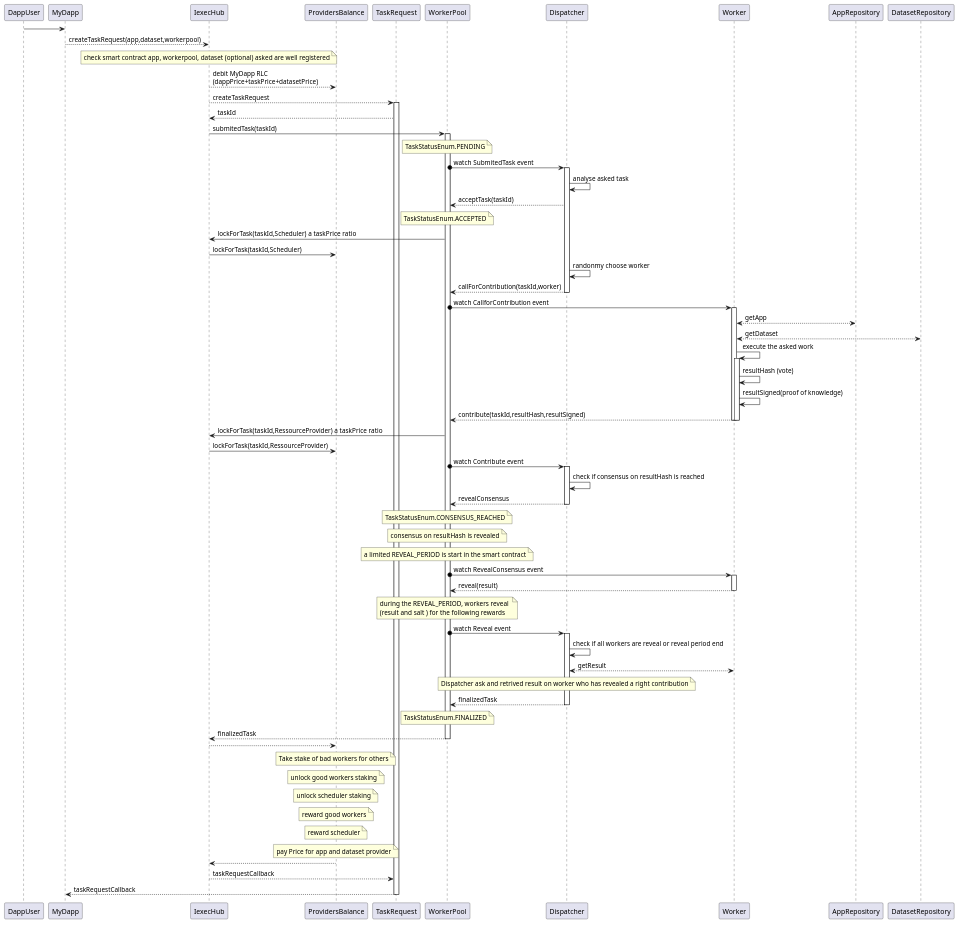
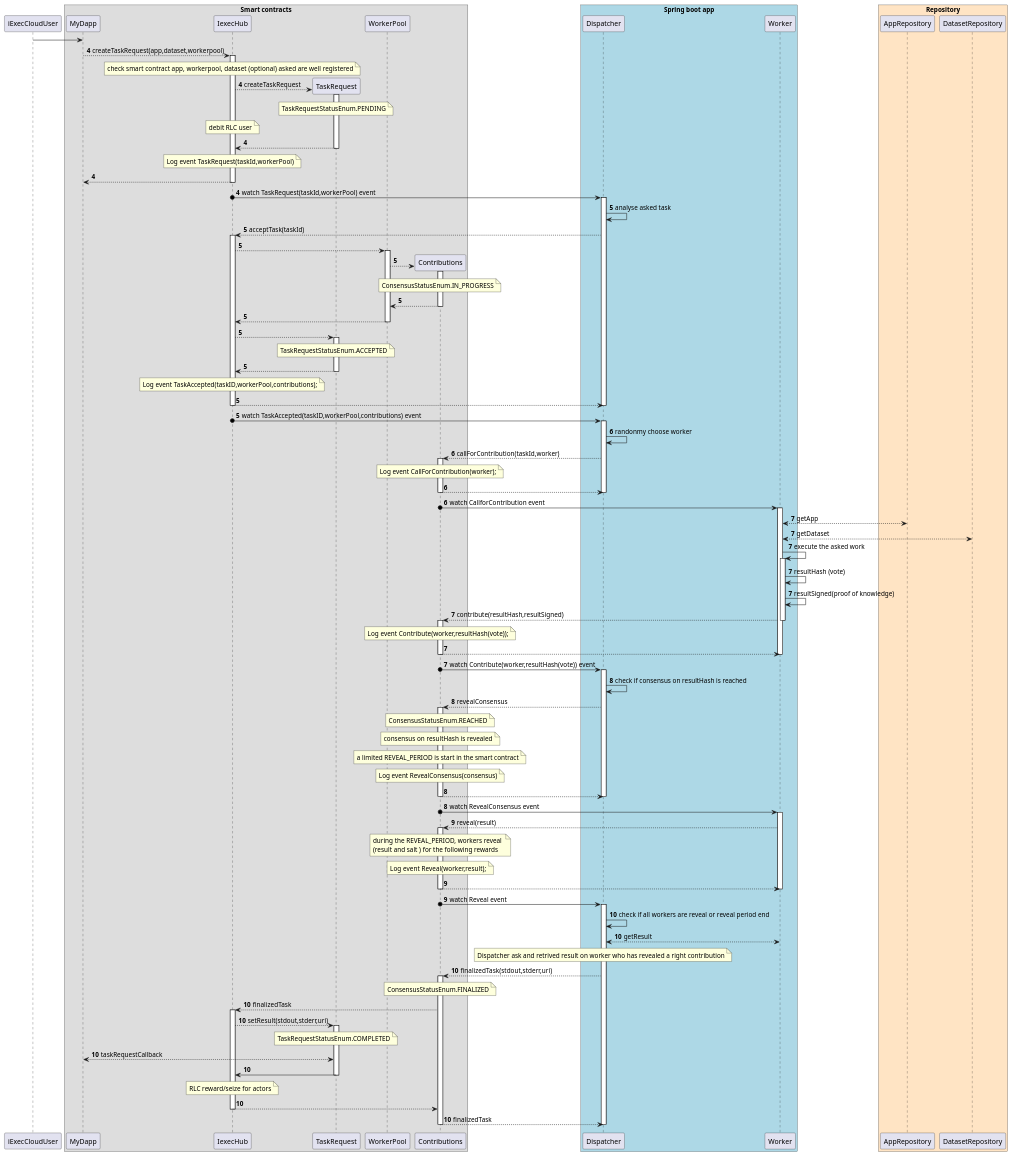
One commit to iExecBlockchainComputing/PoCo changed the diagram in v2plan/uml/V2SequenceNominale.puml. Above: the diagram before and after it, drawn with PlantUML. The commit also changed 6 other files, not shown here.

Commit message:
update uml

```diff
--- a/v2plan/uml/V2SequenceNominale.puml
+++ b/v2plan/uml/V2SequenceNominale.puml
@@ -1,88 +1,192 @@
 @startuml
-DappUser -> MyDapp
+
+iExecCloudUser -> MyDapp
+
+box "Smart contracts"
+	participant MyDapp
+	participant IexecHub
+	participant TaskRequest
+    participant WorkerPool
+    participant Contributions
+end box
+
+
+autonumber 4
 
 MyDapp --> IexecHub: createTaskRequest(app,dataset,workerpool)
+activate IexecHub
+note over IexecHub : check smart contract app, workerpool, dataset (optional) asked are well registered
+create TaskRequest
+autonumber 4
+IexecHub --> TaskRequest: createTaskRequest
+note over TaskRequest :TaskRequestStatusEnum.PENDING
+note over IexecHub : debit RLC user
+activate TaskRequest
+autonumber 4
 
-note over IexecHub : check smart contract app, workerpool, dataset (optional) asked are well registered
-IexecHub --> ProvidersBalance :debit MyDapp RLC \n(dappPrice+taskPrice+datasetPrice)
+IexecHub <-- TaskRequest
+deactivate TaskRequest
+note over IexecHub :Log event TaskRequest(taskId,workerPool)
+autonumber 4
+MyDapp <-- IexecHub
 
-IexecHub --> TaskRequest: createTaskRequest
-activate TaskRequest
+deactivate IexecHub
 
-TaskRequest --> IexecHub : taskId
+box "Spring boot app" #LightBlue
+	participant Dispatcher
+    participant Worker
+end box
 
-IexecHub -> WorkerPool: submitedTask(taskId)
 
-activate WorkerPool
+box "Repository" #Bisque
+	participant AppRepository
+    participant DatasetRepository
+end box
 
-note over WorkerPool :TaskStatusEnum.PENDING
-WorkerPool o-> Dispatcher : watch SubmitedTask event
+
+
+autonumber 4
+IexecHub o-> Dispatcher : watch TaskRequest(taskId,workerPool) event
 activate Dispatcher
 Dispatcher -> Dispatcher : analyse asked task
-Dispatcher --> WorkerPool : acceptTask(taskId)
-note over WorkerPool :TaskStatusEnum.ACCEPTED
-WorkerPool -> IexecHub : lockForTask(taskId,Scheduler) a taskPrice ratio
-IexecHub -> ProvidersBalance : lockForTask(taskId,Scheduler)
+autonumber 5
+Dispatcher --> IexecHub : acceptTask(taskId)
+activate IexecHub
+autonumber 5
+IexecHub --> WorkerPool
+activate WorkerPool
+autonumber 5
+create Contributions
+WorkerPool --> Contributions
+activate Contributions
+note over Contributions :ConsensusStatusEnum.IN_PROGRESS
+autonumber 5
+Contributions --> WorkerPool
+deactivate Contributions
+autonumber 5
+WorkerPool --> IexecHub
+deactivate WorkerPool
+autonumber 5
+IexecHub --> TaskRequest
+activate TaskRequest
+note over TaskRequest :TaskRequestStatusEnum.ACCEPTED
+autonumber 5
+TaskRequest --> IexecHub
+deactivate TaskRequest
+note over IexecHub :Log event TaskAccepted(taskID,workerPool,contributions);
+autonumber 5
+IexecHub --> Dispatcher
+deactivate IexecHub
+deactivate Dispatcher
+autonumber 5
+IexecHub o-> Dispatcher : watch TaskAccepted(taskID,workerPool,contributions) event
 
+autonumber 6
+activate Dispatcher
 Dispatcher -> Dispatcher : randonmy choose worker
-Dispatcher  --> WorkerPool : callForContribution(taskId,worker)
+
+autonumber 6
+Dispatcher  --> Contributions : callForContribution(taskId,worker)
+activate Contributions
+note over Contributions :Log event CallForContribution(worker);
+autonumber 6
+Contributions --> Dispatcher
+deactivate Contributions
+
 deactivate Dispatcher
-WorkerPool o-> Worker : watch CallforContribution event
+autonumber 6
+Contributions o-> Worker : watch CallforContribution event
 activate Worker
 Worker  <--> AppRepository : getApp
+autonumber 7
+autonumber 7
 Worker  <--> DatasetRepository : getDataset
 
-
+autonumber 7
 Worker-> Worker: execute the asked work
 activate Worker
-
+autonumber 7
 Worker-> Worker: resultHash (vote)
+autonumber 7
 Worker-> Worker: resultSigned(proof of knowledge)
-Worker  --> WorkerPool : contribute(taskId,resultHash,resultSigned)
-deactivate  Worker
+autonumber 7
+Worker  --> Contributions : contribute(resultHash,resultSigned)
 deactivate  Worker
 
-WorkerPool -> IexecHub : lockForTask(taskId,RessourceProvider) a taskPrice ratio
-IexecHub -> ProvidersBalance : lockForTask(taskId,RessourceProvider)
 
-WorkerPool o-> Dispatcher : watch Contribute event
+activate Contributions
+note over Contributions :Log event Contribute(worker,resultHash(vote));
+deactivate Contributions
+autonumber 7
+Contributions  --> Worker
+deactivate  Worker
+deactivate Contributions
+autonumber 7
+Contributions o-> Dispatcher : watch Contribute(worker,resultHash(vote)) event
 activate Dispatcher
+
+autonumber 8
 Dispatcher -> Dispatcher: check if consensus on resultHash is reached
+autonumber 8
+Dispatcher --> Contributions : revealConsensus
+activate Contributions
+note over Contributions :ConsensusStatusEnum.REACHED
+note over Contributions :consensus on resultHash is revealed
+note over Contributions : a limited REVEAL_PERIOD is start in the smart contract
+note over Contributions :Log event RevealConsensus(consensus)
+autonumber 8
+Contributions --> Dispatcher
+deactivate Dispatcher
+deactivate Contributions
+autonumber 8
+Contributions o-> Worker : watch RevealConsensus event
+activate Worker
+autonumber 9
+Worker  --> Contributions  :reveal(result)
+activate Contributions
+note over Contributions : during the REVEAL_PERIOD, workers reveal \n(result and salt ) for the following rewards
+note over Contributions :Log event Reveal(worker,result);
 
-Dispatcher --> WorkerPool : revealConsensus
-deactivate Dispatcher
-note over WorkerPool :TaskStatusEnum.CONSENSUS_REACHED
-note over WorkerPool :consensus on resultHash is revealed
-note over WorkerPool : a limited REVEAL_PERIOD is start in the smart contract
-WorkerPool o-> Worker : watch RevealConsensus event
-activate Worker
-Worker  --> WorkerPool  :reveal(result)
-note over WorkerPool : during the REVEAL_PERIOD, workers reveal \n(result and salt ) for the following rewards
+autonumber 9
+Contributions  --> Worker
+deactivate Contributions
 deactivate Worker
-WorkerPool o-> Dispatcher : watch Reveal event
+autonumber 9
+Contributions o-> Dispatcher : watch Reveal event
 activate Dispatcher
+
+autonumber 10
 Dispatcher -> Dispatcher : check if all workers are reveal or reveal period end
+autonumber 10
 Dispatcher  <--> Worker  : getResult
 note over Dispatcher : Dispatcher ask and retrived result on worker who has revealed a right contribution
 
-Dispatcher --> WorkerPool : finalizedTask
+autonumber 10
+Dispatcher --> Contributions : finalizedTask(stdout,stderr,uri)
+activate Contributions
+autonumber 10
+note over Contributions : ConsensusStatusEnum.FINALIZED
+autonumber 10
+Contributions --> IexecHub :finalizedTask
+autonumber 10
+activate IexecHub
+
+IexecHub --> TaskRequest :setResult(stdout,stderr,uri)
+activate TaskRequest
+autonumber 10
+note over TaskRequest : TaskRequestStatusEnum.COMPLETED
+TaskRequest <--> MyDapp : taskRequestCallback
+autonumber 10
+TaskRequest -> IexecHub
+
+deactivate TaskRequest
+note over IexecHub : RLC reward/seize for actors
+autonumber 10
+IexecHub --> Contributions
+deactivate IexecHub
+autonumber 10
+Contributions --> Dispatcher : finalizedTask
+deactivate Contributions
 deactivate Dispatcher
-
-note over WorkerPool : TaskStatusEnum.FINALIZED
-
-WorkerPool --> IexecHub : finalizedTask
-deactivate WorkerPool
-IexecHub --> ProvidersBalance :
-
-note over ProvidersBalance : Take stake of bad workers for others
-note over ProvidersBalance : unlock good workers staking
-note over ProvidersBalance : unlock scheduler staking
-note over ProvidersBalance : reward good workers
-note over ProvidersBalance : reward scheduler
-note over ProvidersBalance  : pay Price for app and dataset provider
-ProvidersBalance --> IexecHub :
-
-IexecHub --> TaskRequest : taskRequestCallback
-TaskRequest --> MyDapp : taskRequestCallback
 deactivate TaskRequest
 @enduml
```
